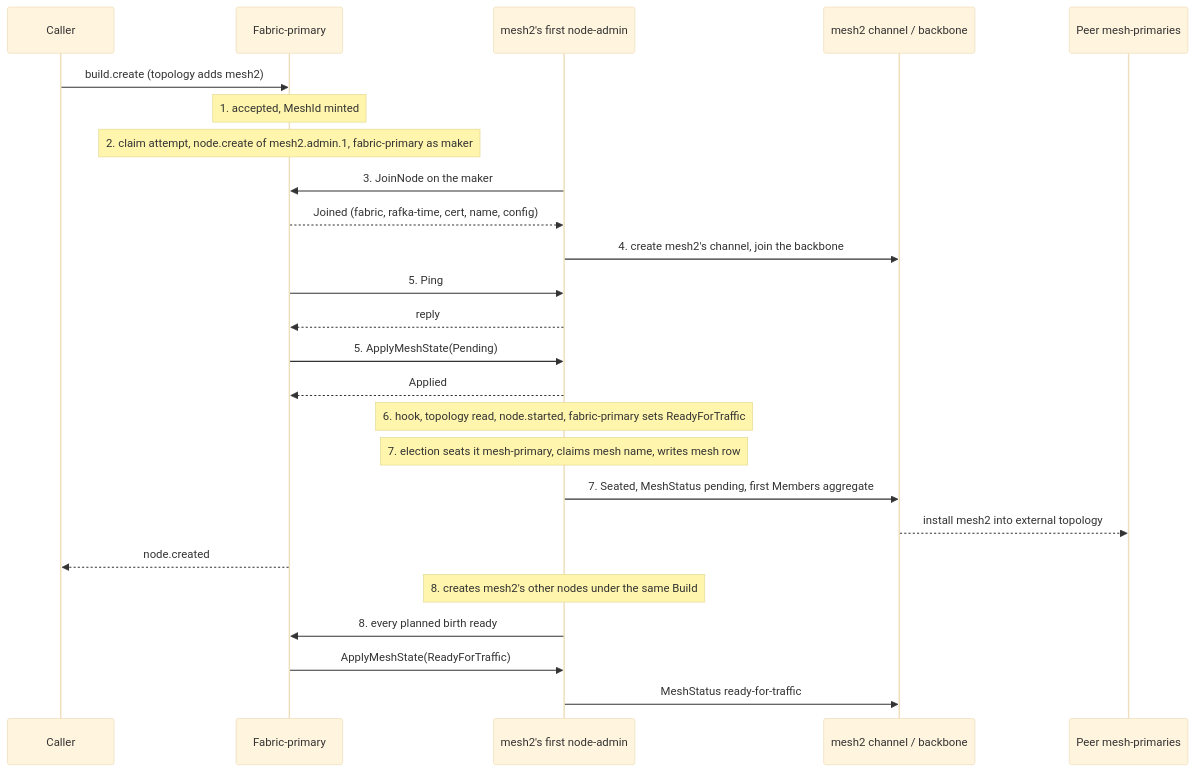
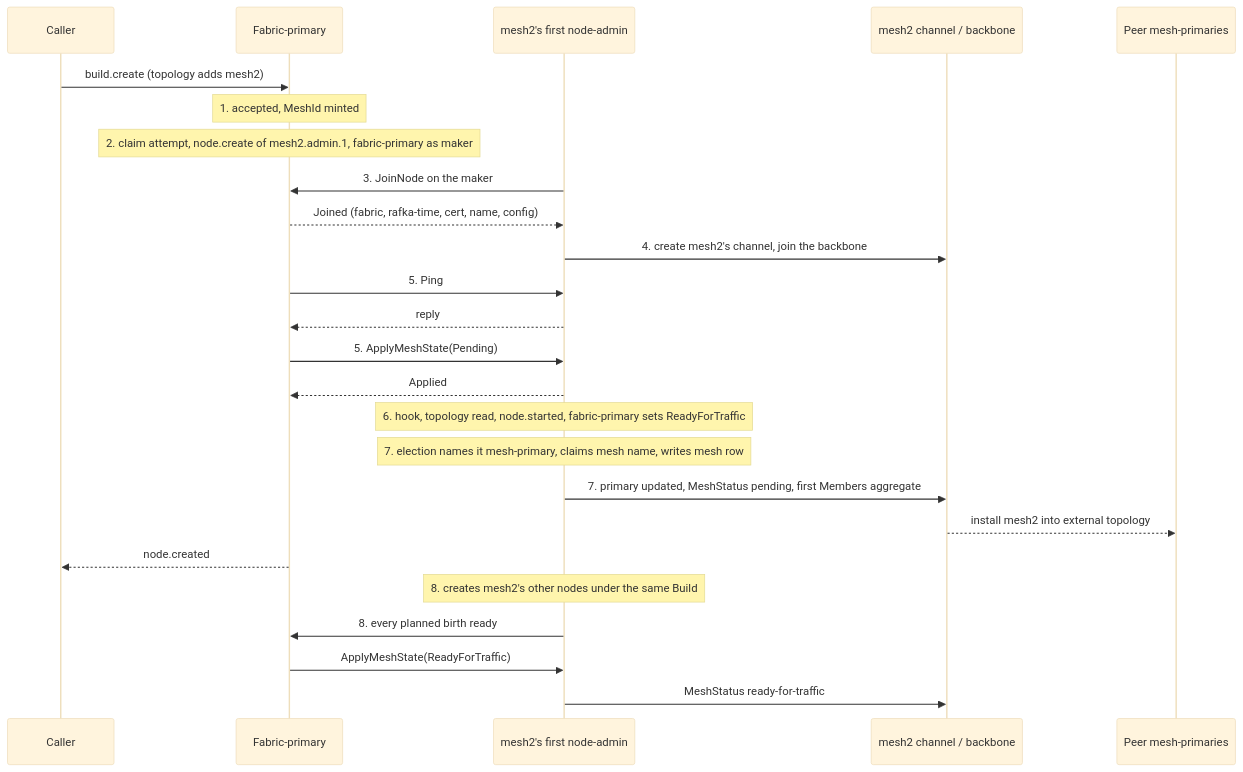
The diagram in docs/architecture/lifecycles/mesh-create.md (drlukeangel/rust-distributed-mesh), drawn with Mermaid (base theme) before and after one commit. The commit also changed other lines of this file and 21 other files, not shown here.

Commit message:
docs(pages): the remaining twenty-four pages and CLAUDE.md in the terms; the hung hold's env var row goes; the vocabulary names the primaries and the retired words

````diff
--- a/docs/architecture/lifecycles/mesh-create.md
+++ b/docs/architecture/lifecycles/mesh-create.md
@@ -143,27 +142,27 @@
 ```mermaid
 sequenceDiagram
     participant C as Caller
     participant F as Fabric-primary
     participant A as mesh2's first node-admin
     participant G as mesh2 channel / backbone
     participant R as Peer mesh-primaries
     C->>F: build.create (topology adds mesh2)
     Note over F: 1. accepted, MeshId minted
     Note over F: 2. claim attempt, node.create of mesh2.admin.1, fabric-primary as maker
     A->>F: 3. JoinNode on the maker
     F-->>A: Joined (fabric, rafka-time, cert, name, config)
     A->>G: 4. create mesh2's channel, join the backbone
     F->>A: 5. Ping
     A-->>F: reply
     F->>A: 5. ApplyMeshState(Pending)
     A-->>F: Applied
     Note over A: 6. hook, topology read, node.started, fabric-primary sets ReadyForTraffic
-    Note over A: 7. election seats it mesh-primary, claims mesh name, writes mesh row
-    A->>G: 7. Seated, MeshStatus pending, first Members aggregate
+    Note over A: 7. election names it mesh-primary, claims mesh name, writes mesh row
+    A->>G: 7. primary updated, MeshStatus pending, first Members aggregate
     G-->>R: install mesh2 into external topology
     F-->>C: node.created
     Note over A: 8. creates mesh2's other nodes under the same Build
     A->>F: 8. every planned birth ready
     F->>A: ApplyMeshState(ReadyForTraffic)
     A->>G: MeshStatus ready-for-traffic
 ```
````
